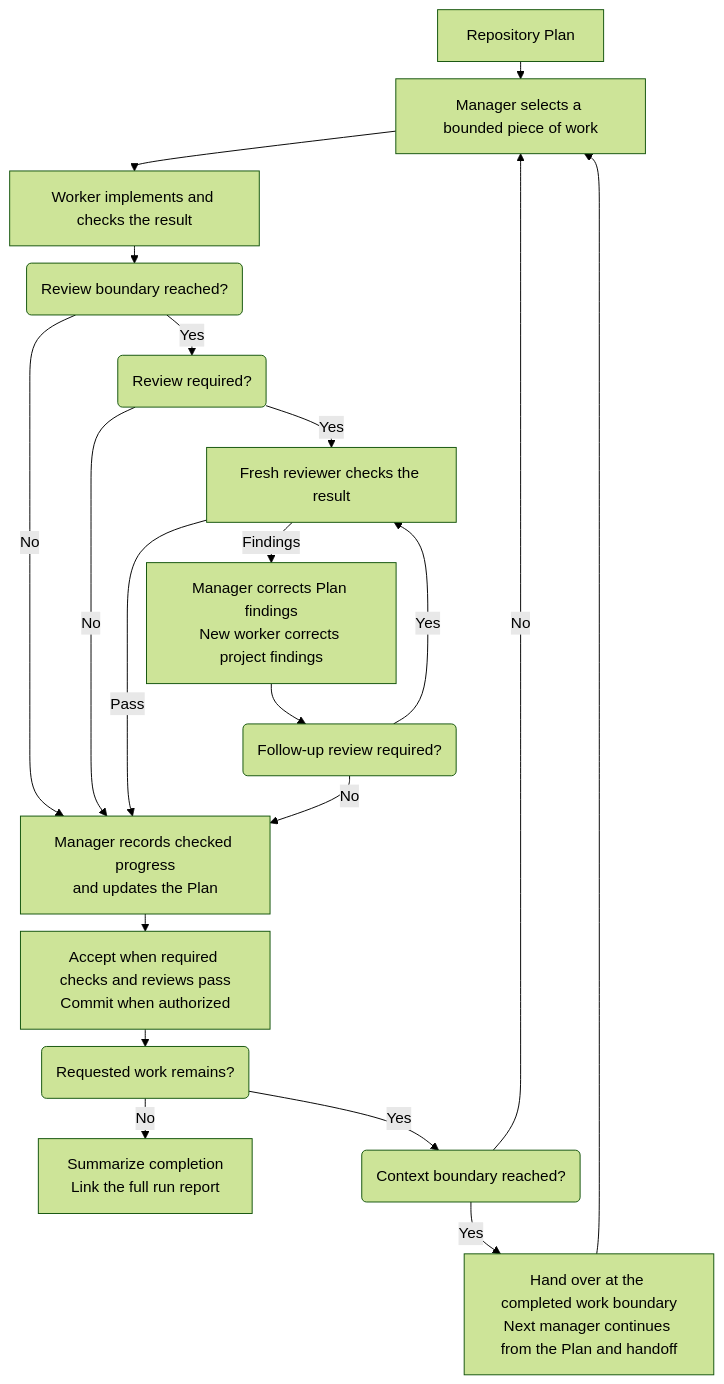
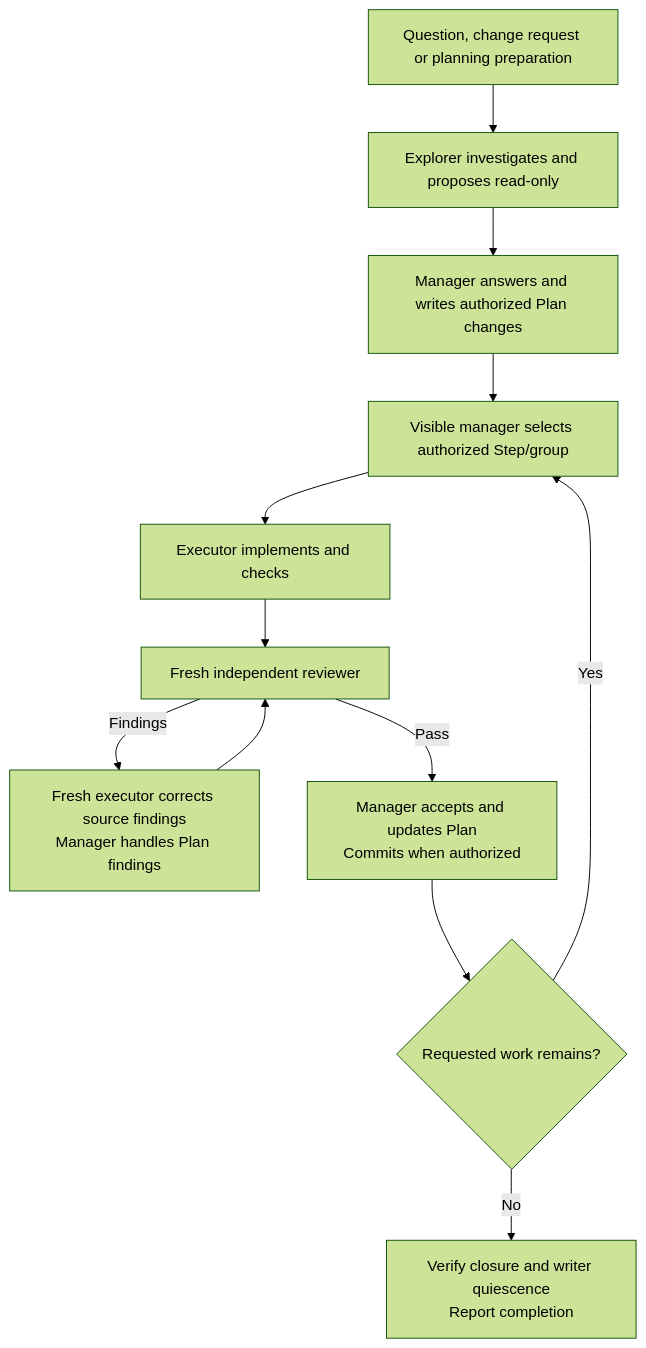
Before and after one commit to benjaminstelzer/scoville-suite-for-codex: the diagram in README.md, drawn with Mermaid (forest theme). The commit also changed other lines of this file and 144 other files, not shown here.

Commit message:
Use direct manager, focused roles and progressive context

````diff
--- a/README.md
+++ b/README.md
@@ -52,23 +52,14 @@
 ```mermaid
-%%{init: {'flowchart': {'nodeSpacing': 20, 'rankSpacing': 18}}}%%
 flowchart TD
-    P["Repository Plan"] --> C["Manager selects a bounded piece of work"]
-    C --> W["Worker implements and checks the result"]
-    W --> B("Review boundary reached?")
-    B -->|No| A
-    B -->|Yes| G("Review required?")
-    G -->|Yes| R["Fresh reviewer checks the result"]
-    G -->|No| A["Manager records checked progress<br/>and updates the Plan"]
-    R -->|Pass| A
-    R -->|Findings| F["Manager corrects Plan findings<br/>New worker corrects project findings"]
-    F --> Q("Follow-up review required?")
-    Q -->|Yes| R
-    Q -->|No| A
-    A --> E["Accept when required checks and reviews pass<br/>Commit when authorized"]
-    E --> N("Requested work remains?")
-    N -->|No| D["Summarize completion<br/>Link the full run report"]
-    N -->|Yes| T("Context boundary reached?")
-    T -->|No| C
-    T -->|Yes| H["Hand over at the completed work boundary<br/>Next manager continues from the Plan and handoff"]
-    H --> C
+    P["Visible manager selects authorized Step/group"] --> W["Executor implements and checks"]
+    Q["Question, change request or planning preparation"] --> E["Explorer investigates and proposes read-only"]
+    E --> M["Manager answers and writes authorized Plan changes"]
+    M --> P
+    W --> R["Fresh independent reviewer"]
+    R -->|Findings| F["Fresh executor corrects source findings<br/>Manager handles Plan findings"]
+    F --> R
+    R -->|Pass| A["Manager accepts and updates Plan<br/>Commits when authorized"]
+    A --> N{"Requested work remains?"}
+    N -->|Yes| P
+    N -->|No| D["Verify closure and writer quiescence<br/>Report completion"]
 ```
````
